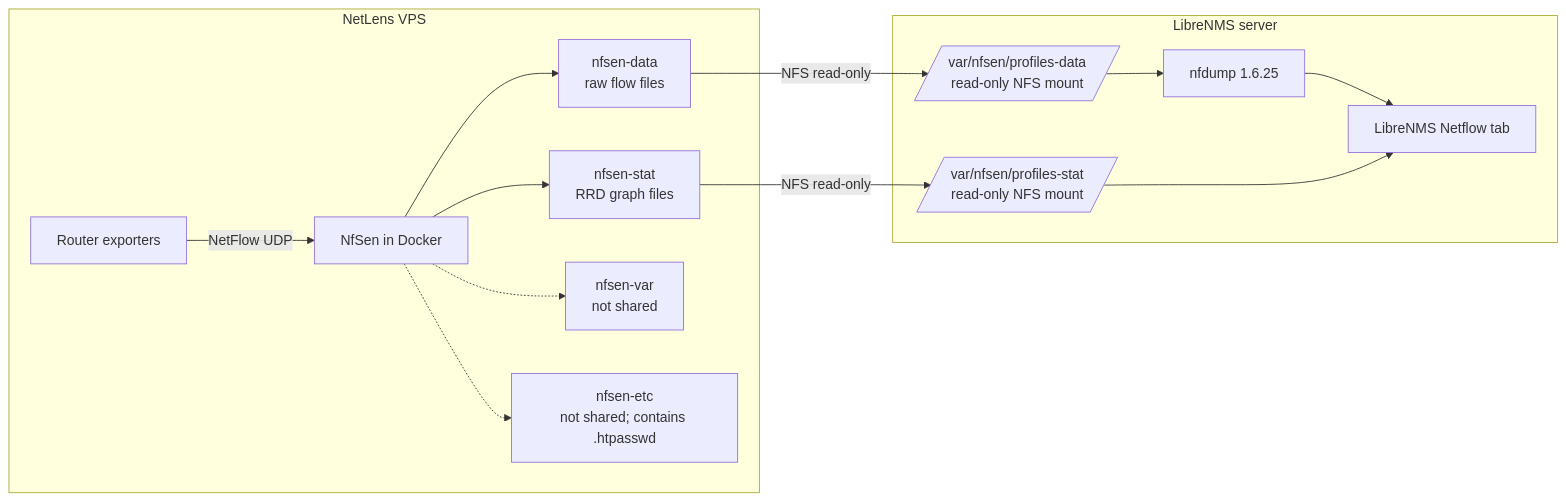
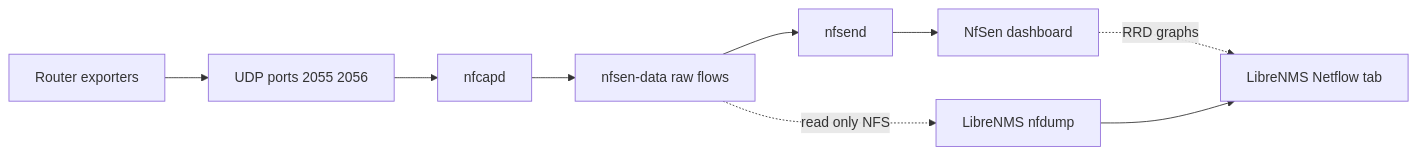
Before and after one commit to rezwanvaiya2-0/netlens: the diagram in site/docs/integration/librenms.md, drawn with Mermaid. The commit also changed 71 other files, not shown here.

Commit message:
Fix NetLens data flow diagram

```diff
--- a/site/docs/integration/librenms.md
+++ b/site/docs/integration/librenms.md
@@ -75,20 +75,11 @@
 <div class="mermaid">
 flowchart LR
-  subgraph VPS[NetLens VPS]
-    R[Router exporters] -->|NetFlow UDP| N[NfSen in Docker]
-    N --> D[nfsen-data&lt;br/&gt;raw flow files]
-    N --> S[nfsen-stat&lt;br/&gt;RRD graph files]
-    N -.-> V[nfsen-var&lt;br/&gt;not shared]
-    N -.-> E[nfsen-etc&lt;br/&gt;not shared; contains .htpasswd]
-  end
-  subgraph L[LibreNMS server]
-    M[/var/nfsen/profiles-data&lt;br/&gt;read-only NFS mount/]
-    Q[/var/nfsen/profiles-stat&lt;br/&gt;read-only NFS mount/]
-    UI[LibreNMS Netflow tab]
-    F[nfdump 1.6.25]
-  end
-  D -->|NFS read-only| M
-  S -->|NFS read-only| Q
-  M --> F --> UI
-  Q --> UI
+  A[Router exporters] --> B[UDP ports 2055 2056]
+  B --> C[nfcapd]
+  C --> D[nfsen-data raw flows]
+  D --> E[nfsend]
+  E --> F[NfSen dashboard]
+  D -. read only NFS .-> G[LibreNMS nfdump]
+  F -. RRD graphs .-> H[LibreNMS Netflow tab]
+  G --> H
 </div>
```
